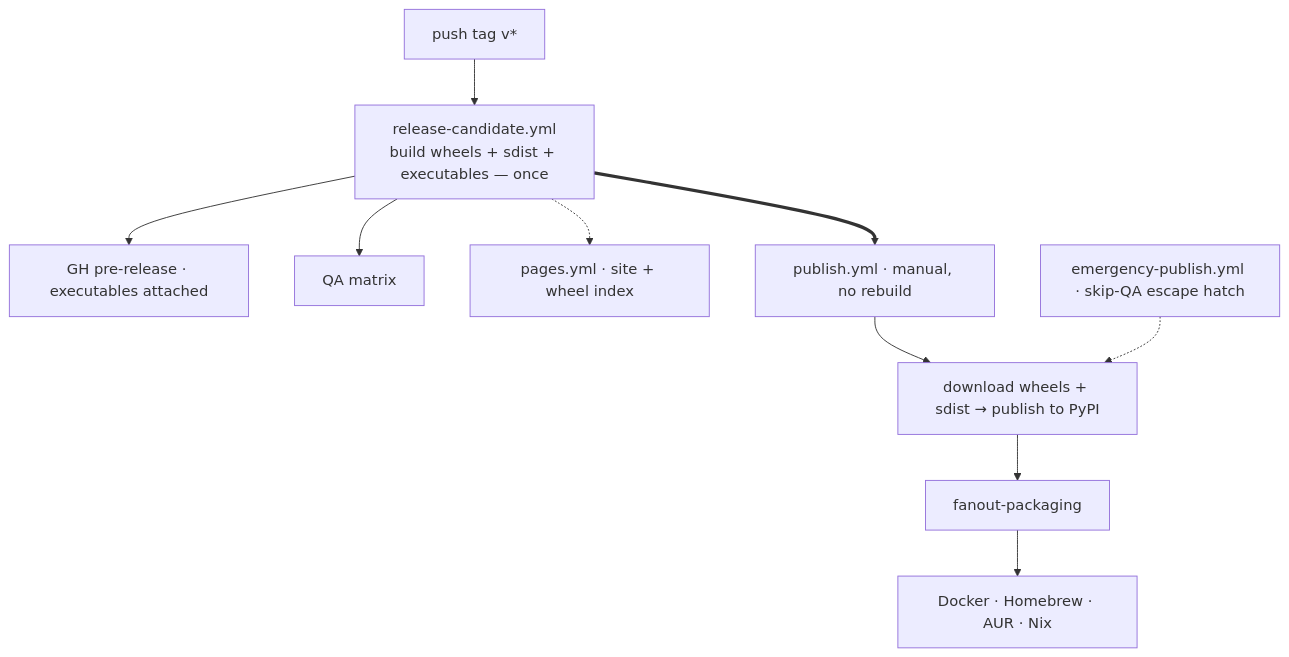
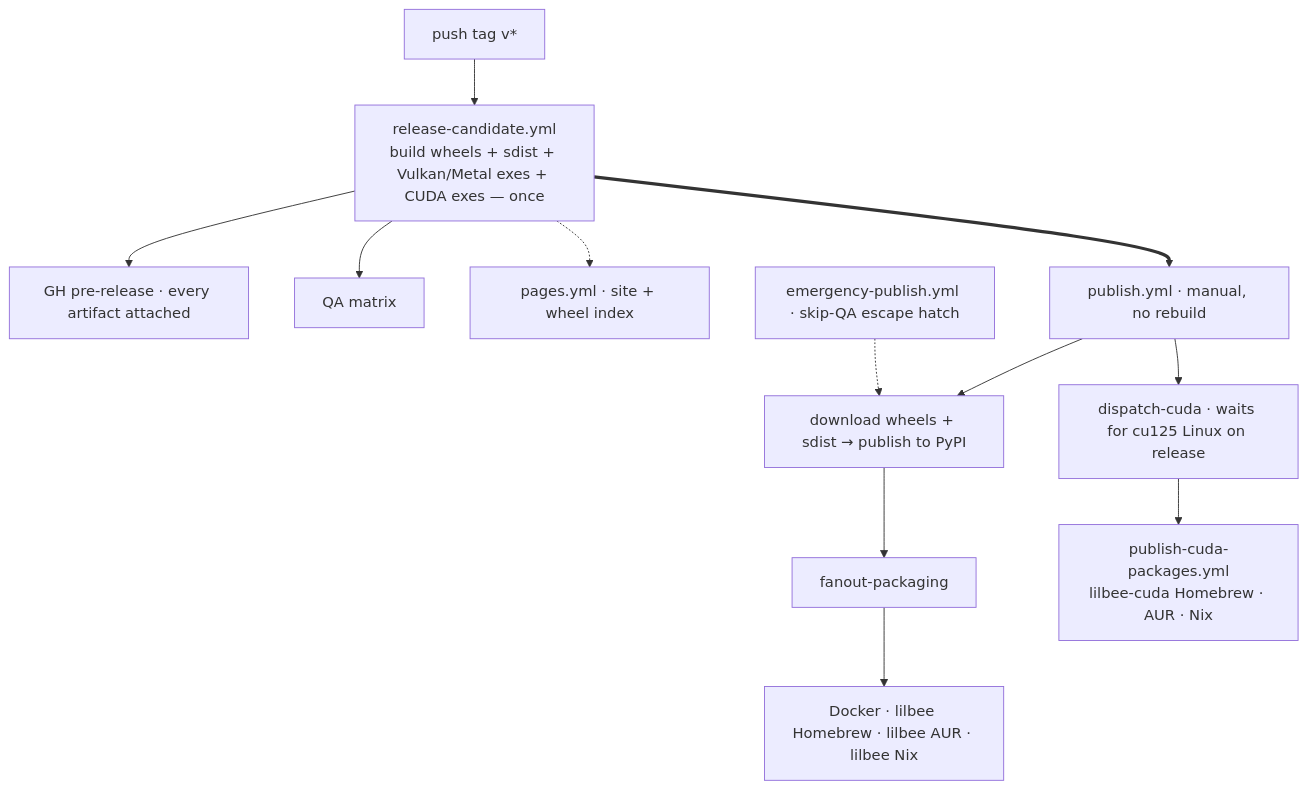
The sixth of 6 diagrams in docs/architecture.md (tobocop2/lilbee), drawn with Mermaid before and after one commit. The commit also changed other lines of this file and 7 other files, not shown here.

First line of the commit message:
Automate the CUDA build and publish fan-out

````diff
--- a/docs/architecture.md
+++ b/docs/architecture.md
@@ -581,12 +581,14 @@
 ```mermaid
 flowchart TB
-    TAG["push tag v*"] --> RC["release-candidate.yml<br/>build wheels + sdist + executables — once"]
-    RC --> PRE["GH pre-release · executables attached"]
+    TAG["push tag v*"] --> RC["release-candidate.yml<br/>build wheels + sdist + Vulkan/Metal exes + CUDA exes — once"]
+    RC --> PRE["GH pre-release · every artifact attached"]
     RC --> QA["QA matrix"]
     RC -.-> PAGES["pages.yml · site + wheel index"]
     RC ==> PUB["publish.yml · manual, no rebuild"]
     PUB --> PYPI["download wheels + sdist → publish to PyPI"]
     PYPI --> FAN["fanout-packaging"]
-    FAN --> PKG["Docker · Homebrew · AUR · Nix"]
+    FAN --> PKG["Docker · lilbee Homebrew · lilbee AUR · lilbee Nix"]
+    PUB --> CUDAFAN["dispatch-cuda · waits for cu125 Linux on release"]
+    CUDAFAN --> CUDAPKG["publish-cuda-packages.yml<br/>lilbee-cuda Homebrew · AUR · Nix"]
     EMG["emergency-publish.yml · skip-QA escape hatch"] -.-> PYPI
 ```
````
